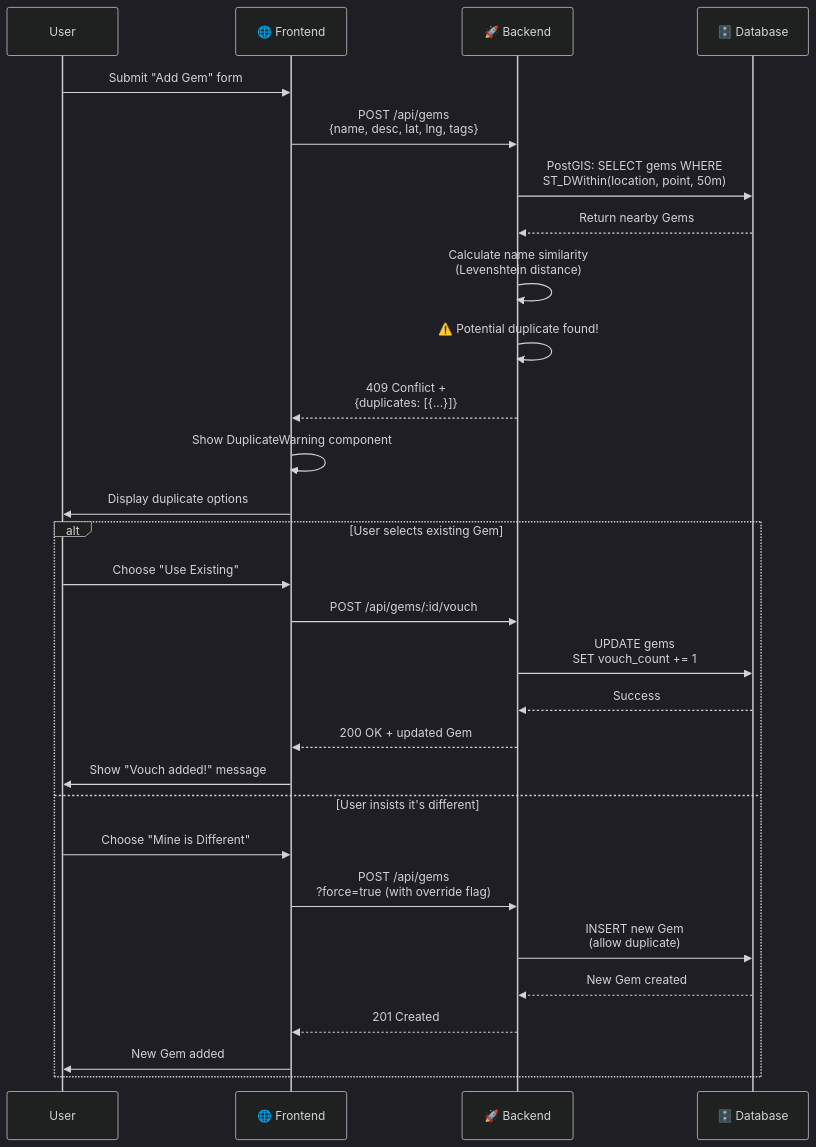
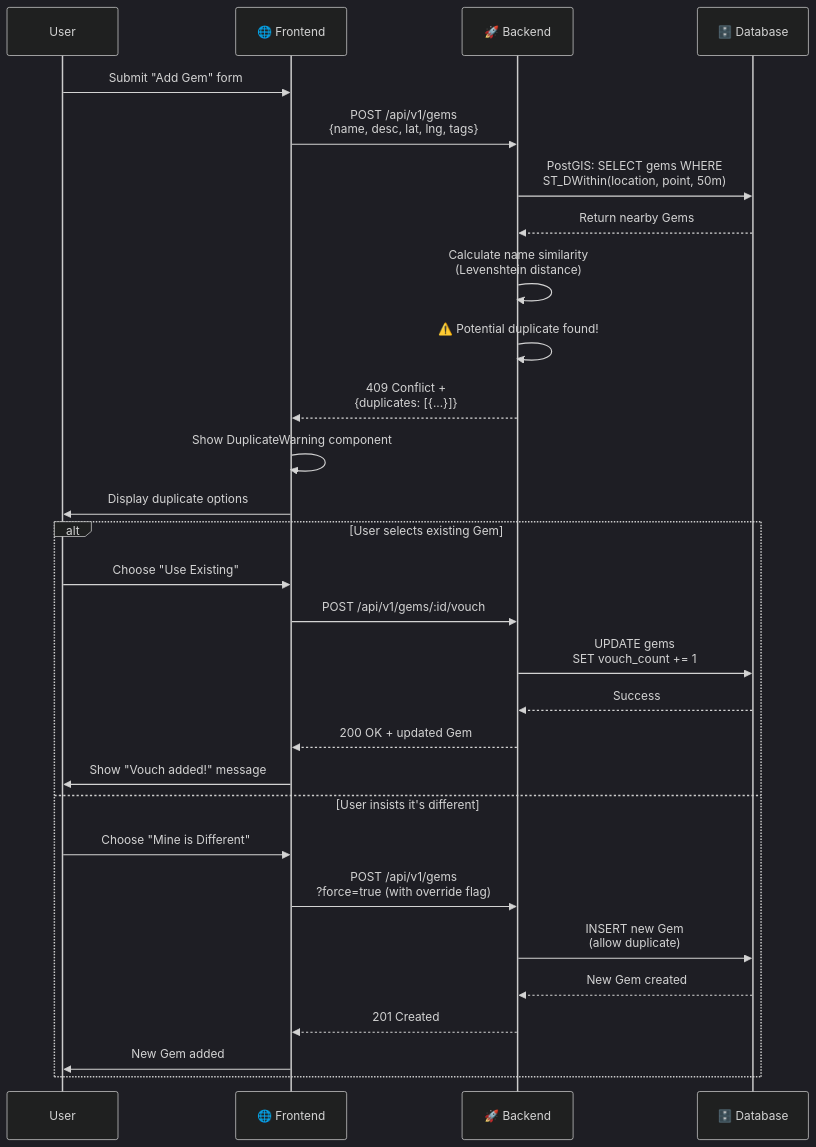
One commit to jlescarlan11/krawl changed the sixth of 11 diagrams in docs/system-design.md. Above: the diagram before and after it, drawn with Mermaid (dark theme). The commit also changed other lines of this file and 40 other files, not shown here.

````diff
--- a/docs/system-design.md
+++ b/docs/system-design.md
@@ -289,33 +289,33 @@
 ```mermaid
 sequenceDiagram
     participant User
     participant FE as 🌐 Frontend
     participant BE as 🚀 Backend
     participant DB as 🗄️ Database
     
     User->>FE: Submit "Add Gem" form
-    FE->>BE: POST /api/gems<br/>{name, desc, lat, lng, tags}
+    FE->>BE: POST /api/v1/gems<br/>{name, desc, lat, lng, tags}
     BE->>DB: PostGIS: SELECT gems WHERE<br/>ST_DWithin(location, point, 50m)
     DB-->>BE: Return nearby Gems
     BE->>BE: Calculate name similarity<br/>(Levenshtein distance)
     BE->>BE: ⚠️ Potential duplicate found!
     BE-->>FE: 409 Conflict +<br/>{duplicates: [{...}]}
     FE->>FE: Show DuplicateWarning component
     FE->>User: Display duplicate options
     
     alt User selects existing Gem
         User->>FE: Choose "Use Existing"
-        FE->>BE: POST /api/gems/:id/vouch
+        FE->>BE: POST /api/v1/gems/:id/vouch
         BE->>DB: UPDATE gems<br/>SET vouch_count += 1
         DB-->>BE: Success
         BE-->>FE: 200 OK + updated Gem
         FE->>User: Show "Vouch added!" message
     else User insists it's different
         User->>FE: Choose "Mine is Different"
-        FE->>BE: POST /api/gems<br/>?force=true (with override flag)
+        FE->>BE: POST /api/v1/gems<br/>?force=true (with override flag)
         BE->>DB: INSERT new Gem<br/>(allow duplicate)
         DB-->>BE: New Gem created
         BE-->>FE: 201 Created
         FE->>User: New Gem added
     end
 ```
````
